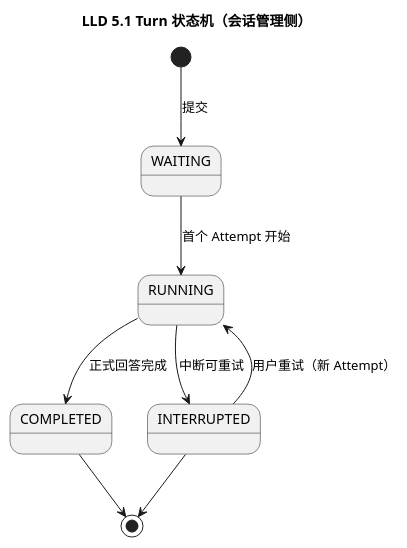
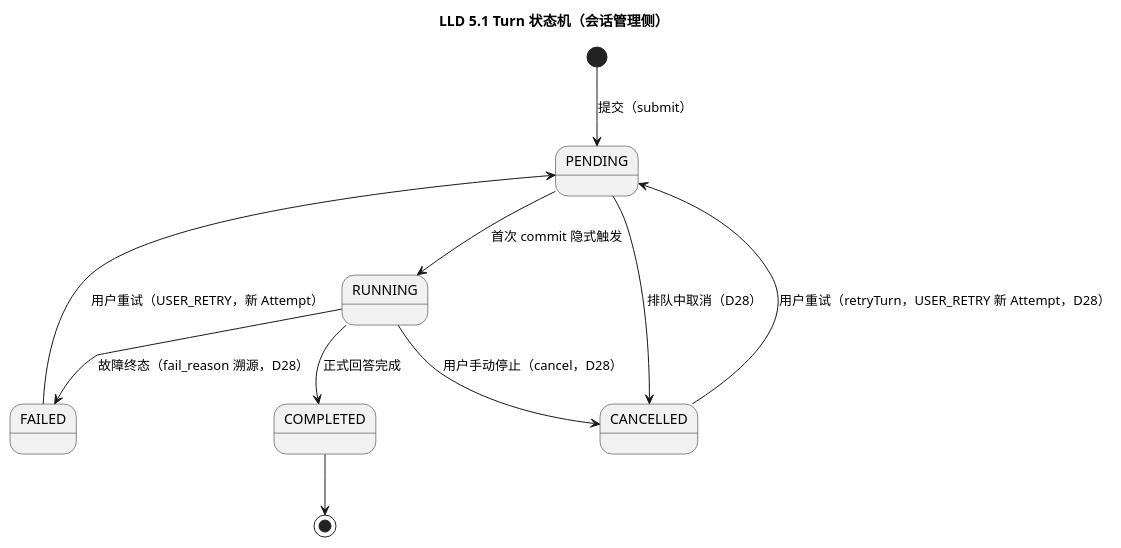
One commit to JamesLi-NLP/AgentGateway changed the fifth of 9 diagrams in design/diagrams/plantuml/turn-scheduler-lld.puml. Above: the diagram before and after it, drawn with PlantUML. The commit also changed other lines of this file and 13 other files, not shown here.

```diff
--- a/design/diagrams/plantuml/turn-scheduler-lld.puml
+++ b/design/diagrams/plantuml/turn-scheduler-lld.puml
@@ -107,13 +111,15 @@
 @startuml lld-51-state-turn
 title LLD 5.1 Turn 状态机（会话管理侧）
 skinparam backgroundColor white
 skinparam defaultFontName "Microsoft YaHei"
 
-[*] --> WAITING : 提交
-WAITING --> RUNNING : 首个 Attempt 开始
+[*] --> PENDING : 提交（submit）
+PENDING --> RUNNING : 首次 commit 隐式触发
 RUNNING --> COMPLETED : 正式回答完成
-RUNNING --> INTERRUPTED : 中断可重试
-INTERRUPTED --> RUNNING : 用户重试（新 Attempt）
+RUNNING --> FAILED : 故障终态（fail_reason 溯源，D28）
+RUNNING --> CANCELLED : 用户手动停止（cancel，D28）
+PENDING --> CANCELLED : 排队中取消（D28）
+FAILED --> PENDING : 用户重试（USER_RETRY，新 Attempt）
+CANCELLED --> PENDING : 用户重试（retryTurn，USER_RETRY 新 Attempt，D28）
 COMPLETED --> [*]
-INTERRUPTED --> [*]
 @enduml
```
